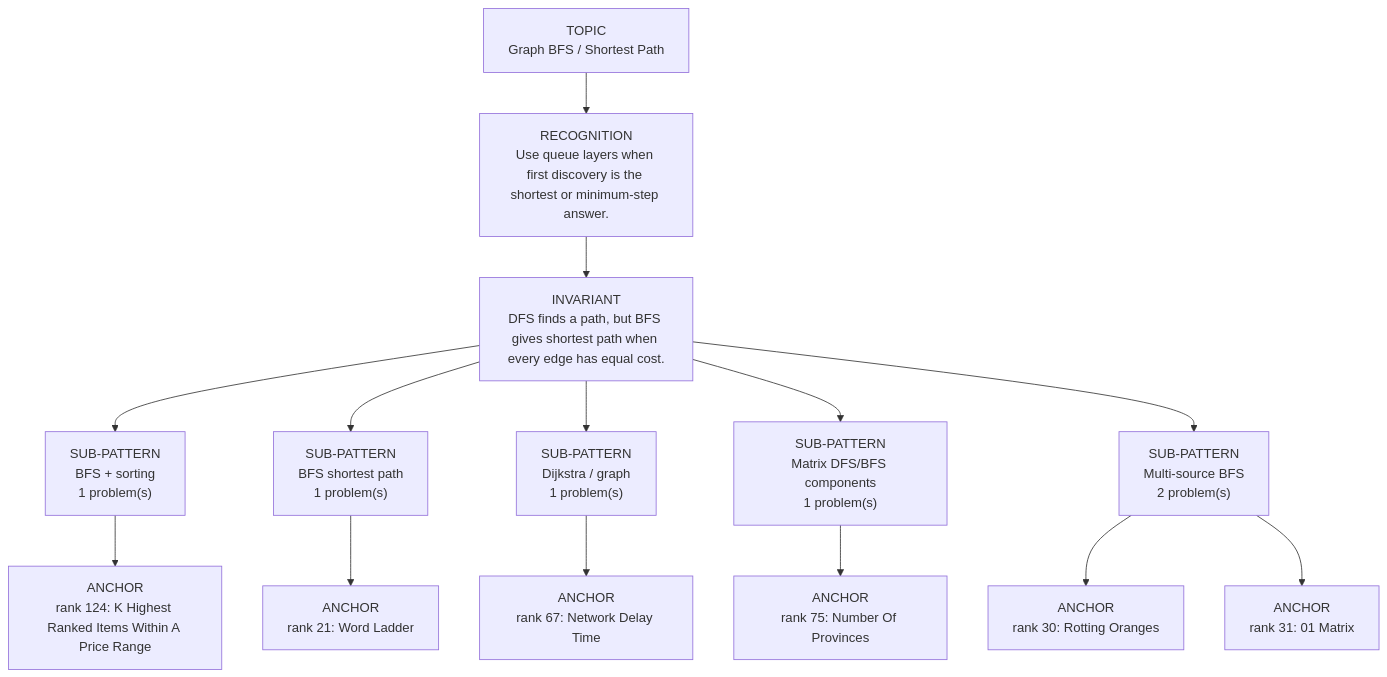
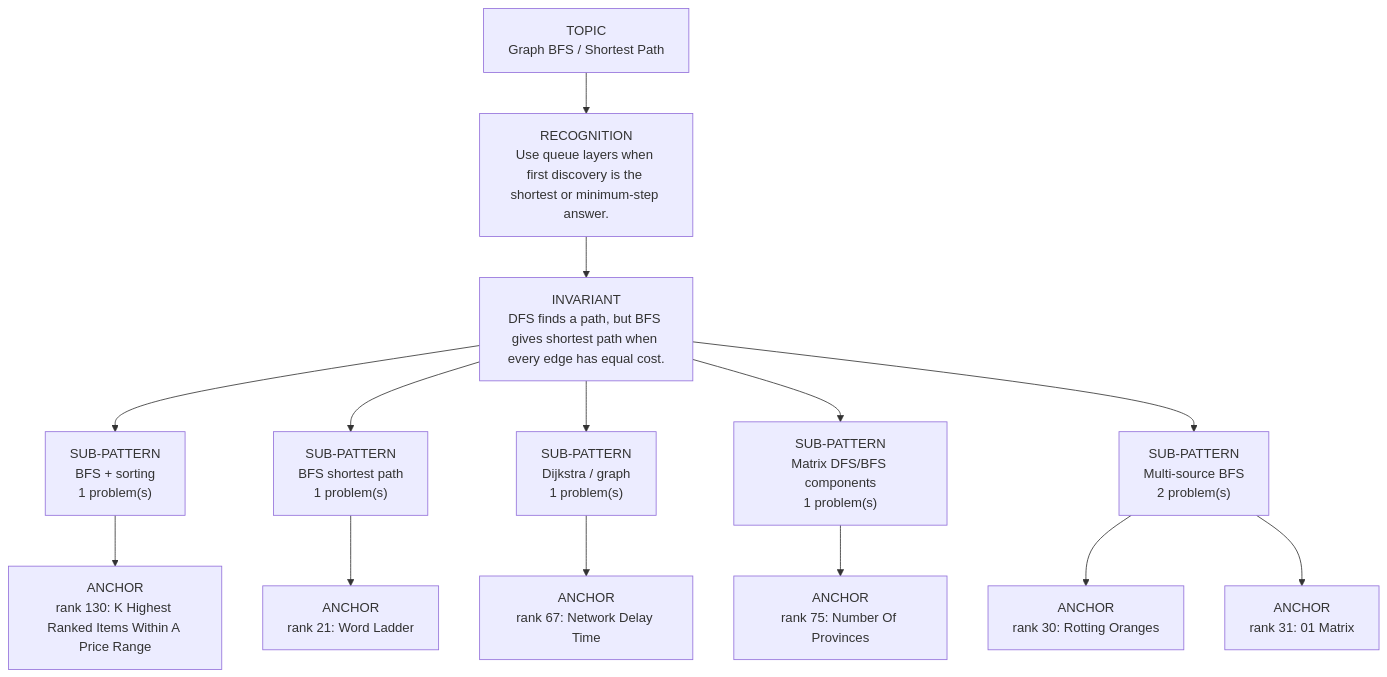
One commit to thechiranjeevjain/DSA10days changed the diagram in dsa-review/interview/patterns/12_graph_bfs.md. Above: the diagram before and after it, drawn with Mermaid. The commit also changed other lines of this file and 61 other files, not shown here.

````diff
--- a/dsa-review/interview/patterns/12_graph_bfs.md
+++ b/dsa-review/interview/patterns/12_graph_bfs.md
@@ -15,18 +15,18 @@
 ```mermaid
 flowchart TD
   Topic["TOPIC<br/>Graph BFS / Shortest Path"]
   Recognition["RECOGNITION<br/>Use queue layers when first discovery is the shortest or minimum-step answer."]
   Invariant["INVARIANT<br/>DFS finds a path, but BFS gives shortest path when every edge has equal cost."]
   Topic --> Recognition --> Invariant
   Invariant --> Sub01["SUB-PATTERN<br/>BFS + sorting<br/>1 problem(s)"]
-  Sub01 --> Sub01A01["ANCHOR<br/>rank 124: K Highest Ranked Items Within A Price Range"]
+  Sub01 --> Sub01A01["ANCHOR<br/>rank 130: K Highest Ranked Items Within A Price Range"]
   Invariant --> Sub02["SUB-PATTERN<br/>BFS shortest path<br/>1 problem(s)"]
   Sub02 --> Sub02A01["ANCHOR<br/>rank 21: Word Ladder"]
   Invariant --> Sub03["SUB-PATTERN<br/>Dijkstra / graph<br/>1 problem(s)"]
   Sub03 --> Sub03A01["ANCHOR<br/>rank 67: Network Delay Time"]
   Invariant --> Sub04["SUB-PATTERN<br/>Matrix DFS/BFS components<br/>1 problem(s)"]
   Sub04 --> Sub04A01["ANCHOR<br/>rank 75: Number Of Provinces"]
   Invariant --> Sub05["SUB-PATTERN<br/>Multi-source BFS<br/>2 problem(s)"]
   Sub05 --> Sub05A01["ANCHOR<br/>rank 30: Rotting Oranges"]
   Sub05 --> Sub05A02["ANCHOR<br/>rank 31: 01 Matrix"]
 ```
````
